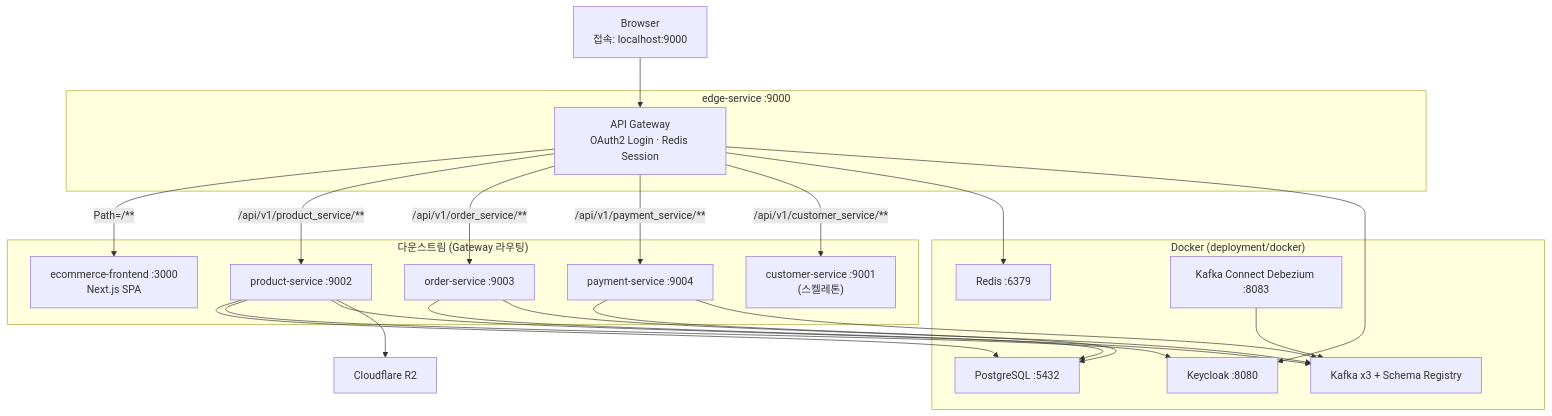
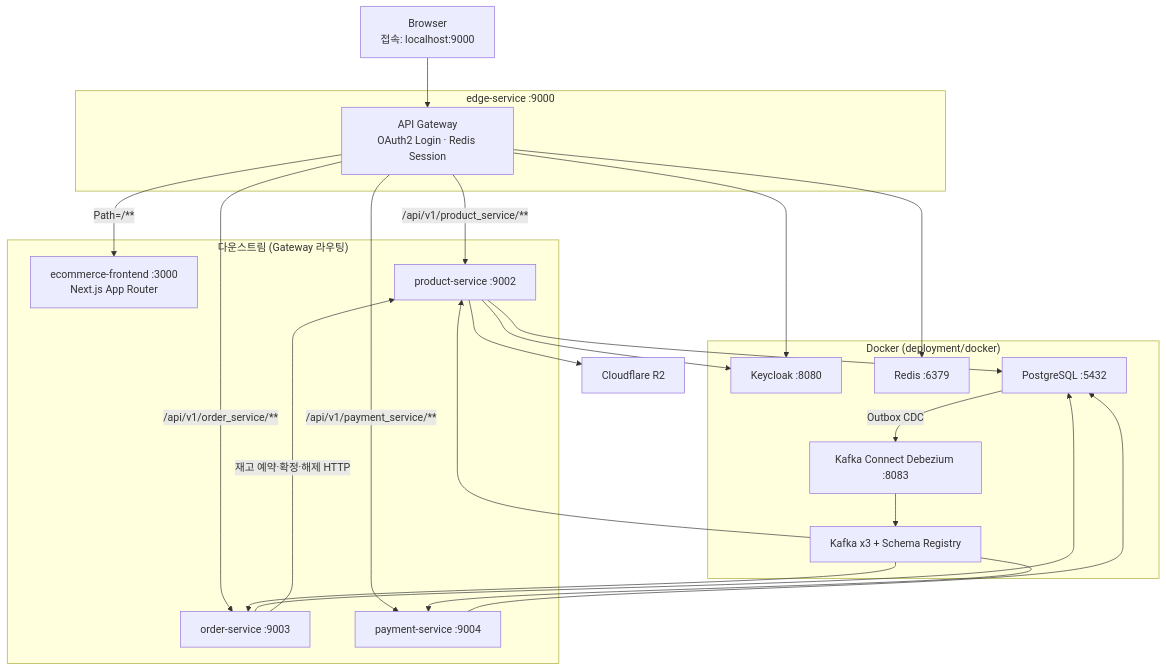
Before and after one commit to Youngwook-Jeon/ecommerce-msa: the diagram in README.md, drawn with Mermaid. The commit also changed other lines of this file and 1 other file, not shown here.

````diff
--- a/README.md
+++ b/README.md
@@ -78,42 +172,42 @@
 ```mermaid
 flowchart TB
   Browser["Browser\n접속: localhost:9000"]
 
   subgraph Gateway["edge-service :9000"]
     Edge["API Gateway\nOAuth2 Login · Redis Session"]
   end
 
   subgraph Apps["다운스트림 (Gateway 라우팅)"]
-    SPA["ecommerce-frontend :3000\nNext.js SPA"]
+    SPA["ecommerce-frontend :3000\nNext.js App Router"]
     Product["product-service :9002"]
     Order["order-service :9003"]
     Payment["payment-service :9004"]
-    Customer["customer-service :9001\n(스켈레톤)"]
   end
 
   subgraph Infra["Docker (deployment/docker)"]
     KC["Keycloak :8080"]
     Redis["Redis :6379"]
     PG["PostgreSQL :5432"]
     Kafka["Kafka x3 + Schema Registry"]
     Connect["Kafka Connect Debezium :8083"]
   end
 
   Browser --> Edge
   Edge -->|"Path=/**"| SPA
   Edge -->|"/api/v1/product_service/**"| Product
   Edge -->|"/api/v1/order_service/**"| Order
   Edge -->|"/api/v1/payment_service/**"| Payment
-  Edge -->|"/api/v1/customer_service/**"| Customer
   Edge --> Redis
   Edge --> KC
   Product --> PG
   Order --> PG
   Payment --> PG
   Product --> KC
-  Product --> Kafka
-  Order --> Kafka
-  Payment --> Kafka
+  Order -->|"재고 예약·확정·해제 HTTP"| Product
+  PG -->|"Outbox CDC"| Connect
+  Kafka --> Product
+  Kafka --> Order
+  Kafka --> Payment
   Connect --> Kafka
   Product --> R2["Cloudflare R2"]
 ```
````
